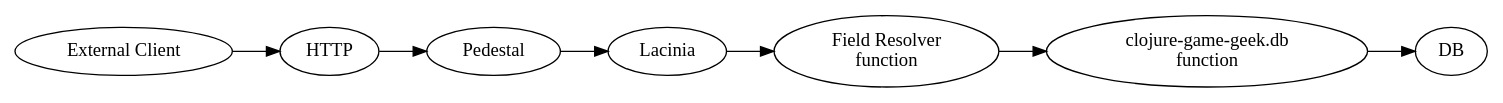
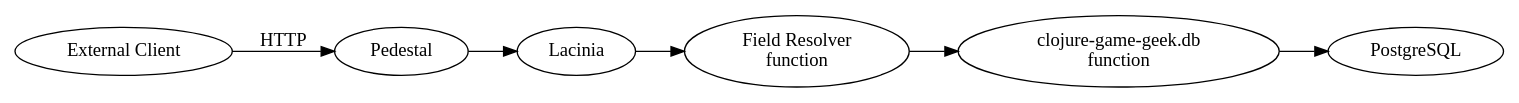
The diagram in docs/tutorial/testing-1.rst (walmartlabs/lacinia), drawn with Graphviz before and after one commit. The commit also changed other lines of this file and 1 other file, not shown here.

```diff
--- a/docs/tutorial/testing-1.rst
+++ b/docs/tutorial/testing-1.rst
@@ -61,13 +62,14 @@
 .. graphviz::
 
     digraph {
 
       graph [rankdir=LR];
 
       client [label="External Client"]
       fieldresolver [label="Field Resolver\nfunction"]
       dbaccess [label="clojure-game-geek.db\nfunction"]
 
-      client -> HTTP -> Pedestal -> Lacinia -> fieldresolver -> dbaccess -> DB
+      client -> Pedestal [label="HTTP"]
+      Pedestal -> Lacinia -> fieldresolver -> dbaccess -> PostgreSQL
 
     }
```
